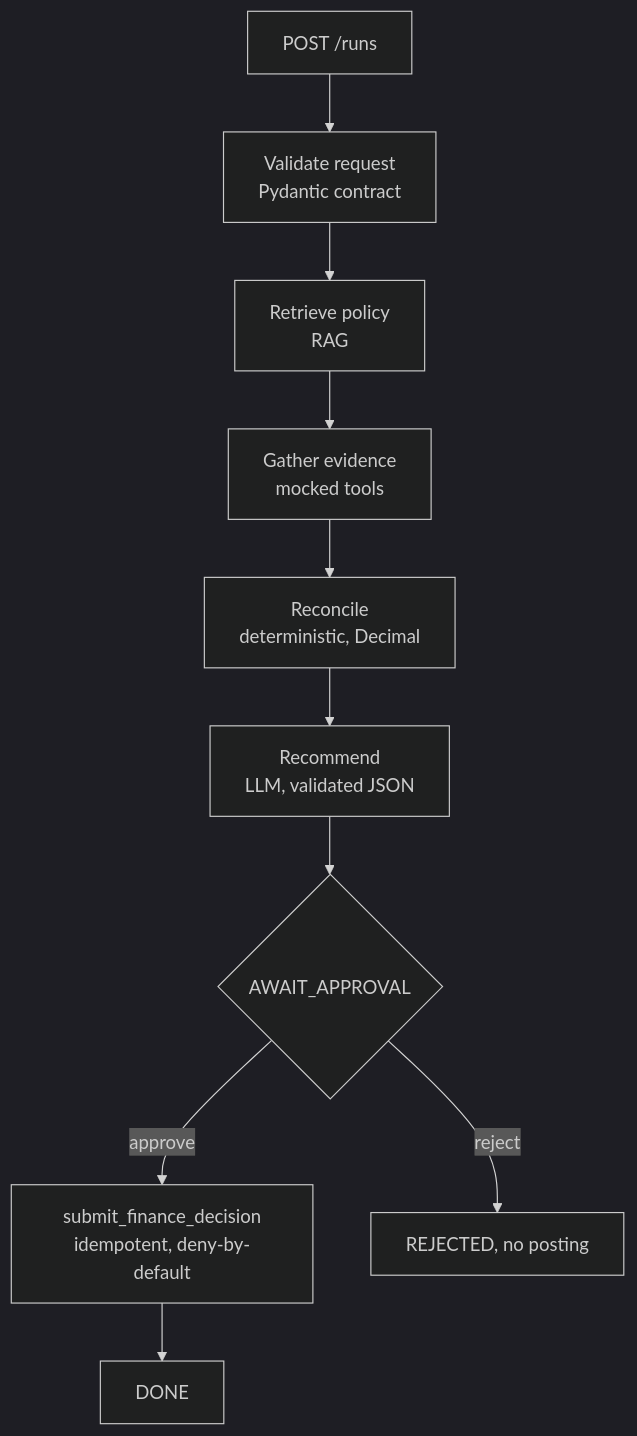
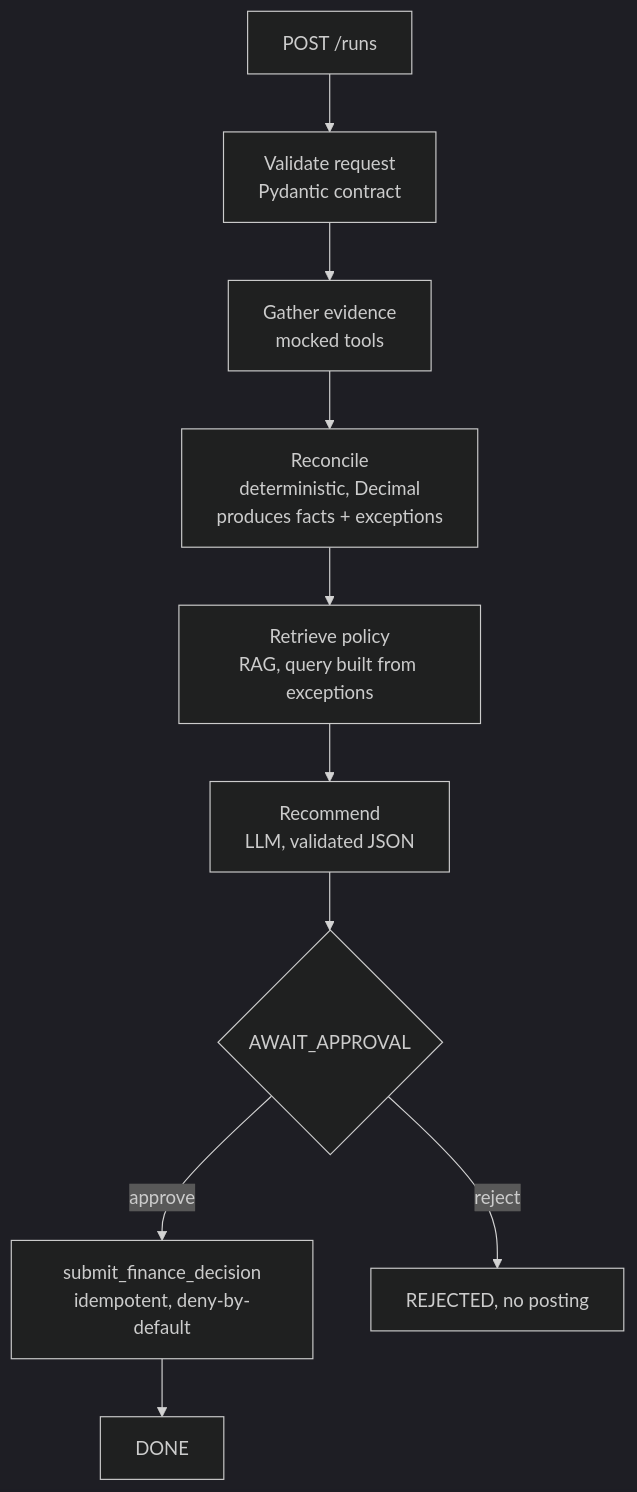
Before and after one commit to pkarcreative/Finance-RAG-Agent: the diagram in DESIGN_NOTE.md, drawn with Mermaid (dark theme). The commit also changed other lines of this file, not shown here.

````diff
--- a/DESIGN_NOTE.md
+++ b/DESIGN_NOTE.md
@@ -21,12 +28,12 @@
 ```mermaid
 flowchart TD
     A[POST /runs] --> B[Validate request<br/>Pydantic contract]
-    B --> C[Retrieve policy<br/>RAG]
-    C --> D[Gather evidence<br/>mocked tools]
-    D --> E[Reconcile<br/>deterministic, Decimal]
+    B --> C[Gather evidence<br/>mocked tools]
+    C --> D[Reconcile<br/>deterministic, Decimal<br/>produces facts + exceptions]
+    D --> E[Retrieve policy<br/>RAG, query built from exceptions]
     E --> F[Recommend<br/>LLM, validated JSON]
     F --> G{AWAIT_APPROVAL}
     G -->|approve| H[submit_finance_decision<br/>idempotent, deny-by-default]
     G -->|reject| I[REJECTED, no posting]
     H --> J[DONE]
 ```
````
